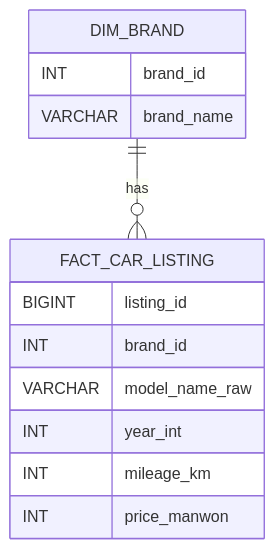
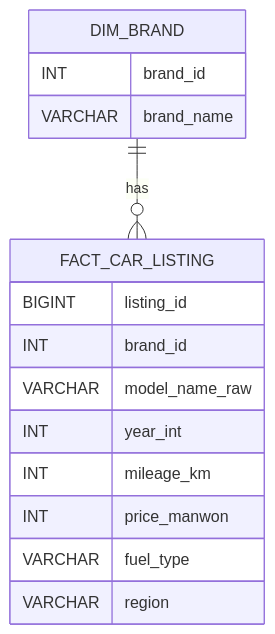
One commit to rusidian/team_flex_used_car changed the diagram in README.md. Above: the diagram before and after it, drawn with Mermaid. The commit also changed other lines of this file, not shown here.

````diff
--- a/README.md
+++ b/README.md
@@ -102,18 +122,20 @@
 ```mermaid
 erDiagram
 DIM_BRAND ||--o{ FACT_CAR_LISTING : has
 
 DIM_BRAND {
   INT brand_id
   VARCHAR brand_name
 }
 
 FACT_CAR_LISTING {
   BIGINT listing_id
   INT brand_id
   VARCHAR model_name_raw
   INT year_int
   INT mileage_km
   INT price_manwon
+  VARCHAR fuel_type
+  VARCHAR region
 }
 ```
````
